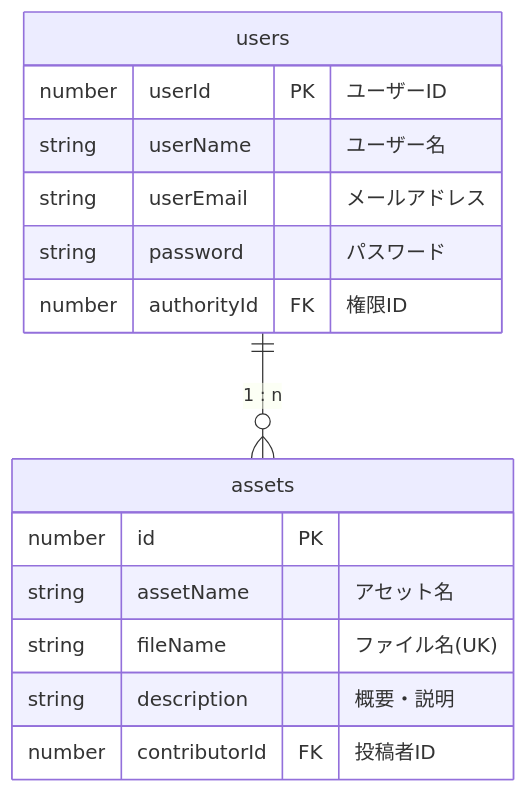
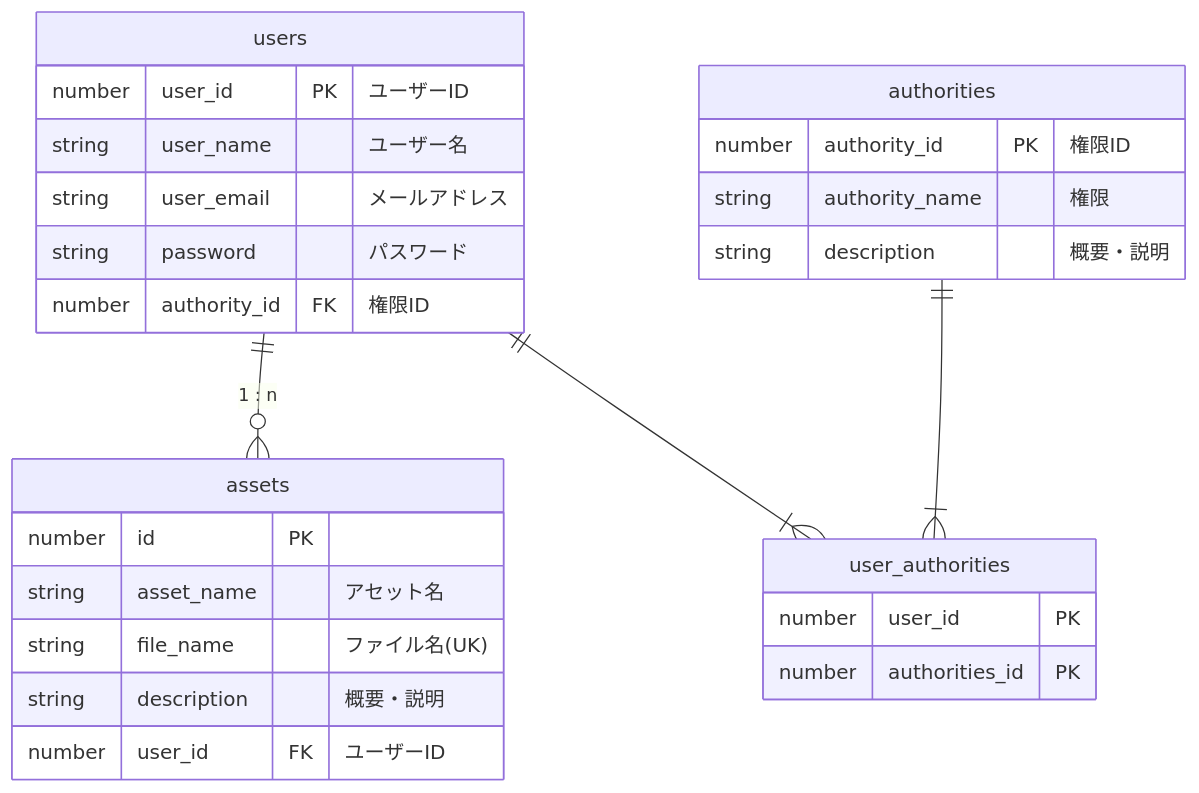
One commit to illionillion/ra-assets-share-dev changed the diagram in ER-Diagram.md. Above: the diagram before and after it, drawn with Mermaid. The commit also changed other lines of this file and 1 other file, not shown here.

Commit message:
ER図を一つにまとめた

````diff
--- a/ER-Diagram.md
+++ b/ER-Diagram.md
@@ -5,22 +3,35 @@
 ```mermaid
 erDiagram
 
 users ||--o{ assets: "1 : n"
+users ||--|{ user_authorities: ""
+authorities ||--|{ user_authorities: ""
 
 assets {
     number id PK ""
-    string assetName "アセット名"
-    string fileName  "ファイル名(UK)"
+    string asset_name "アセット名"
+    string file_name  "ファイル名(UK)"
     string description "概要・説明"
-    number contributorId FK "投稿者ID"
+    number user_id FK "ユーザーID"
 }
 
 users {
-    number userId PK "ユーザーID"
-    string userName "ユーザー名"
-    string userEmail "メールアドレス"
+    number user_id PK "ユーザーID"
+    string user_name "ユーザー名"
+    string user_email "メールアドレス"
     string password "パスワード"
-    number authorityId FK "権限ID"
+    number authority_id FK "権限ID"
+}
+
+authorities {
+    number authority_id PK "権限ID"
+    string authority_name "権限"
+    string description "概要・説明"
+}
+
+user_authorities {
+    number user_id PK 
+    number authorities_id PK 
 }
 
 ```
````
